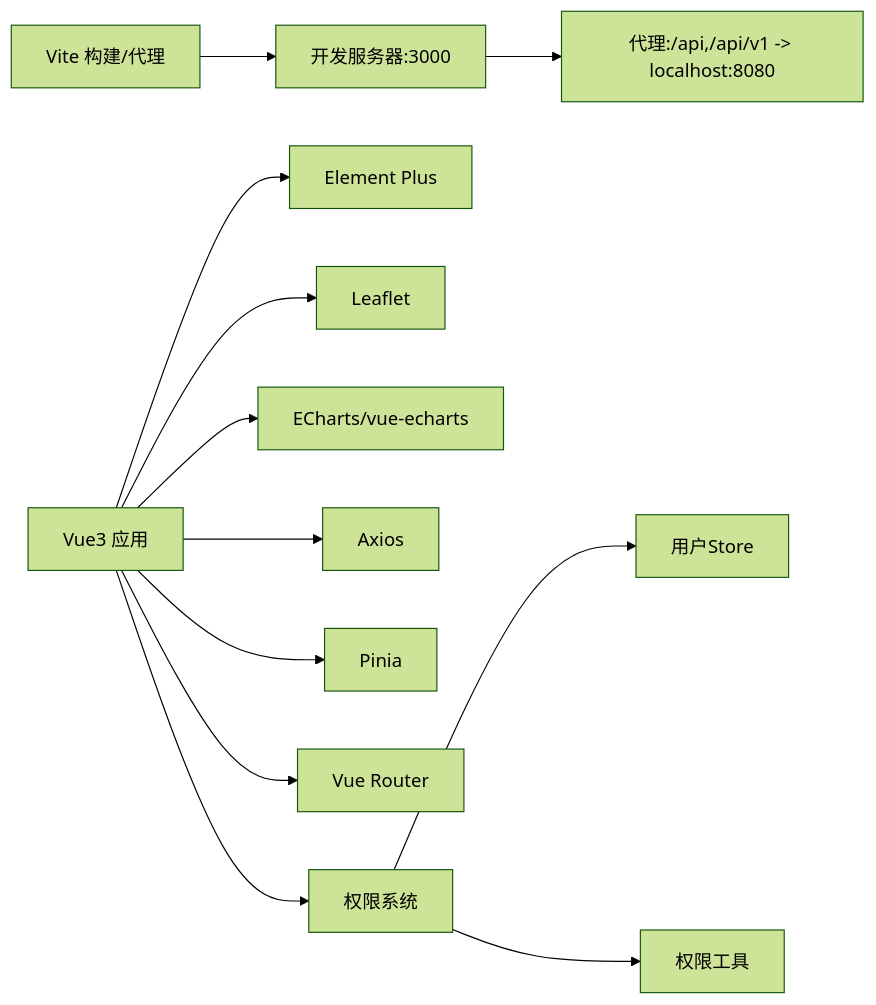
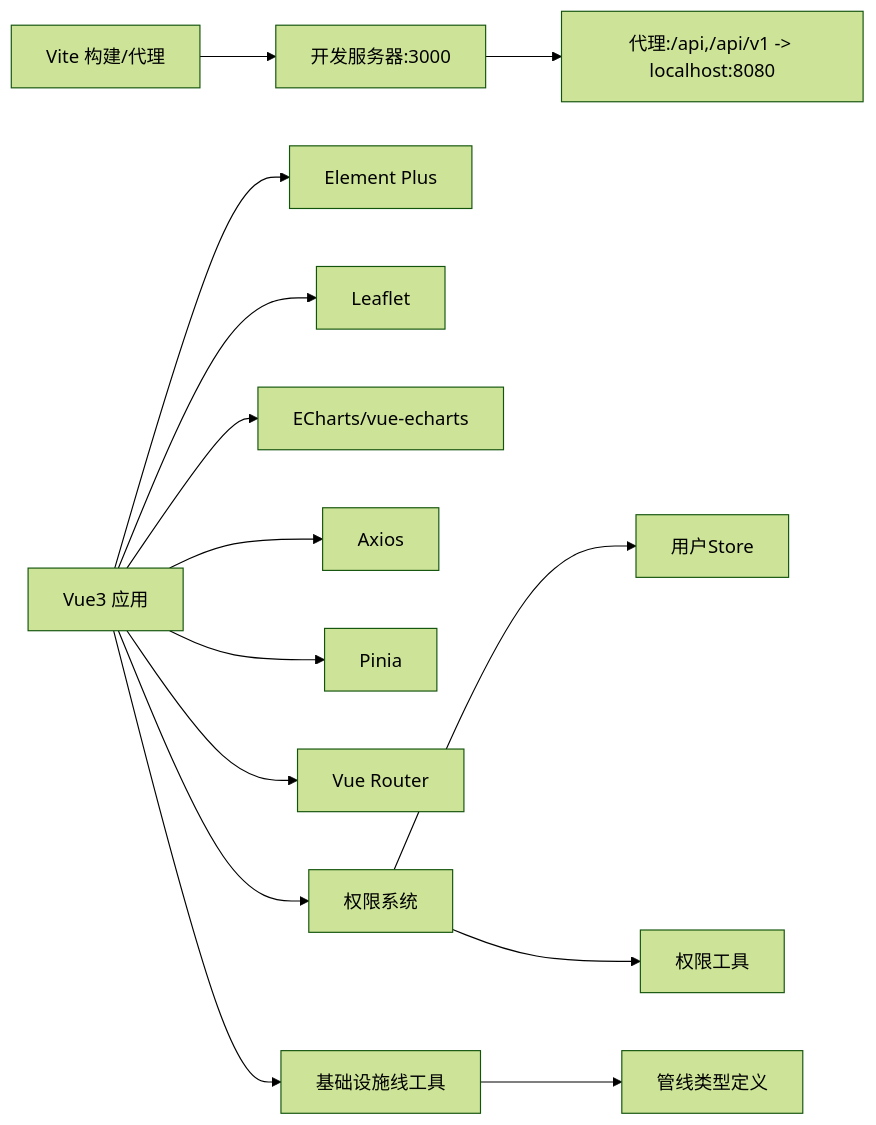
One commit to q446328246/agri-platform changed the eighth of 8 diagrams in .qoder/repowiki/zh/content/前端应用文档/前端应用文档.md. Above: the diagram before and after it, drawn with Mermaid (forest theme). The commit also changed other lines of this file and 15 other files, not shown here.

````diff
--- a/.qoder/repowiki/zh/content/前端应用文档/前端应用文档.md
+++ b/.qoder/repowiki/zh/content/前端应用文档/前端应用文档.md
@@ -427,14 +435,16 @@
 ```mermaid
 graph LR
 Vite["Vite 构建/代理"] --> DevServer["开发服务器:3000"]
 DevServer --> Proxy["代理:/api,/api/v1 -> localhost:8080"]
 App["Vue3 应用"] --> EP["Element Plus"]
 App --> Lf["Leaflet"]
 App --> Ec["ECharts/vue-echarts"]
 App --> Ax["Axios"]
 App --> Pr["Pinia"]
 App --> Rt["Vue Router"]
 App --> Perm["权限系统"]
 Perm --> Store["用户Store"]
 Perm --> Utils["权限工具"]
+App --> Infra["基础设施线工具"]
+Infra --> Types["管线类型定义"]
 ```
````
